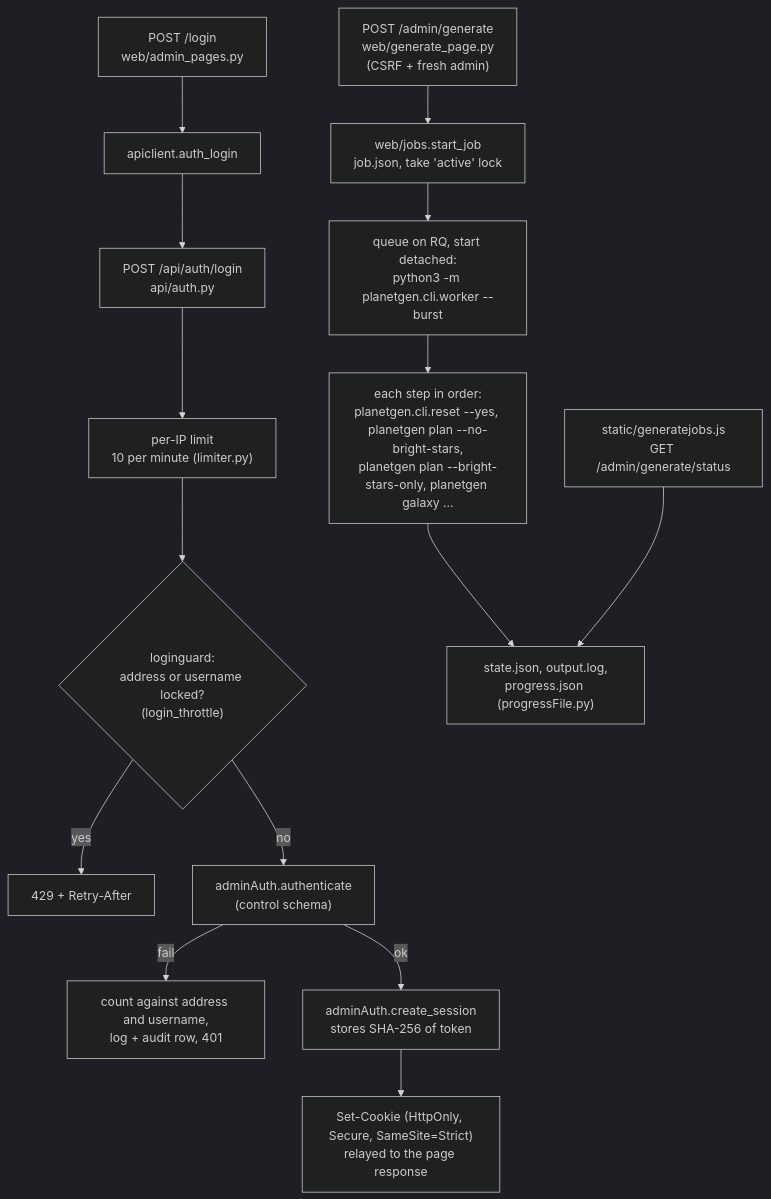
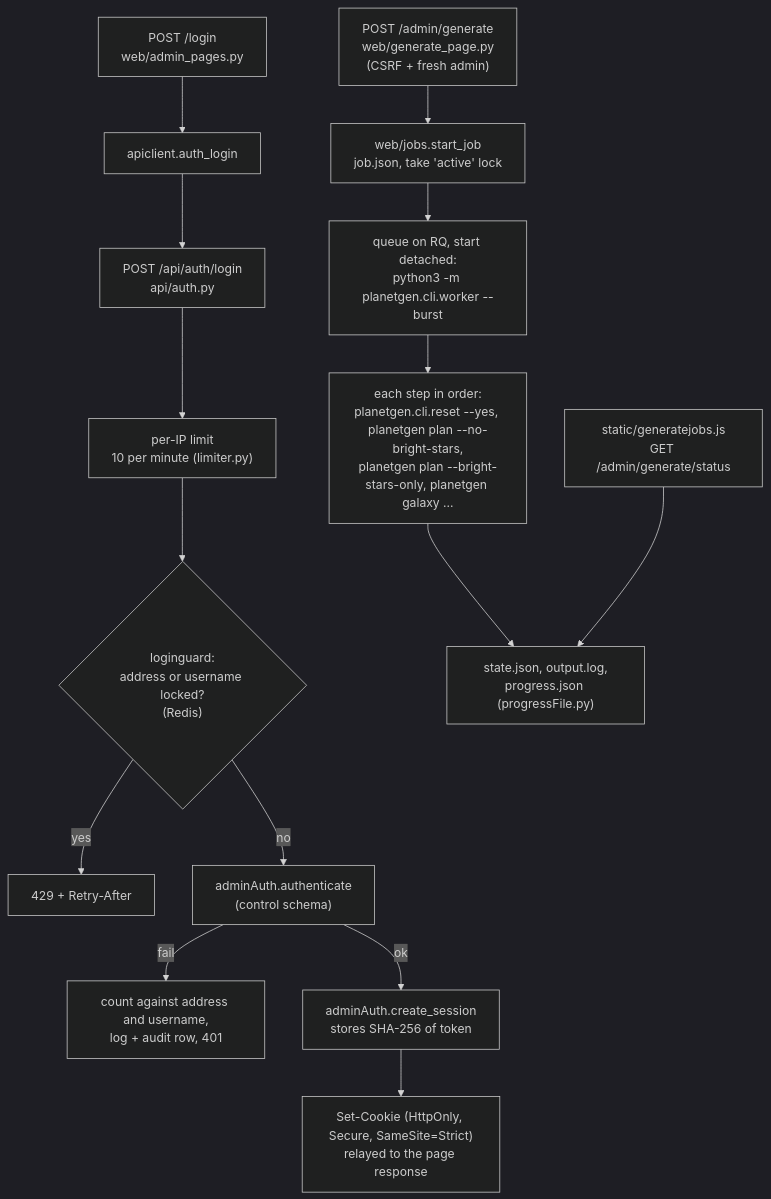
One commit to dwhagar/planetGen changed the seventh of 8 diagrams in docs/design/architecture.md. Above: the diagram before and after it, drawn with Mermaid (dark theme). The commit also changed other lines of this file and 24 other files, not shown here.

First line of the commit message:
Rate limits and login lockouts count on Redis; the lockout tests stop depending on the clock (SEC.30, TEST.83) (#643)

````diff
--- a/docs/design/architecture.md
+++ b/docs/design/architecture.md
@@ -661,18 +661,18 @@
 ```mermaid
 flowchart TD
     LP["POST /login<br/>web/admin_pages.py"] --> ACL["apiclient.auth_login"]
     ACL --> AL["POST /api/auth/login<br/>api/auth.py"]
     AL --> RL["per-IP limit<br/>10 per minute (limiter.py)"]
-    RL --> BO{"loginguard:<br/>address or username locked?<br/>(login_throttle)"}
+    RL --> BO{"loginguard:<br/>address or username locked?<br/>(Redis)"}
     BO -->|"yes"| E429["429 + Retry-After"]
     BO -->|"no"| Auth["adminAuth.authenticate<br/>(control schema)"]
     Auth -->|"fail"| Rec["count against address and username,<br/>log + audit row, 401"]
     Auth -->|"ok"| Sess["adminAuth.create_session<br/>stores SHA-256 of token"]
     Sess --> Cookie["Set-Cookie (HttpOnly, Secure, SameSite=Strict)<br/>relayed to the page response"]
 
     Gen["POST /admin/generate<br/>web/generate_page.py<br/>(CSRF + fresh admin)"] --> SJ["web/jobs.start_job<br/>job.json, take 'active' lock"]
     SJ --> Spawn["queue on RQ, start detached:<br/>python3 -m planetgen.cli.worker --burst"]
     Spawn --> Steps["each step in order:<br/>planetgen.cli.reset --yes, planetgen plan --no-bright-stars,<br/>planetgen plan --bright-stars-only, planetgen galaxy ..."]
     Steps --> Files["state.json, output.log,<br/>progress.json (progressFile.py)"]
     Poll["static/generatejobs.js<br/>GET /admin/generate/status"] --> Files
 ```
````
